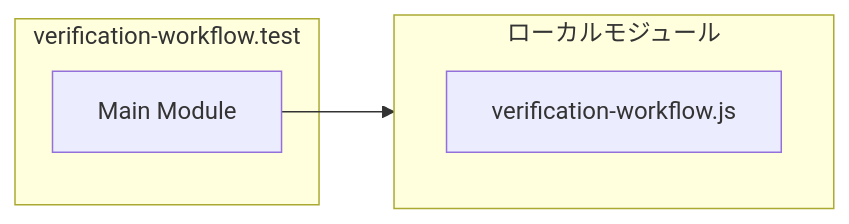
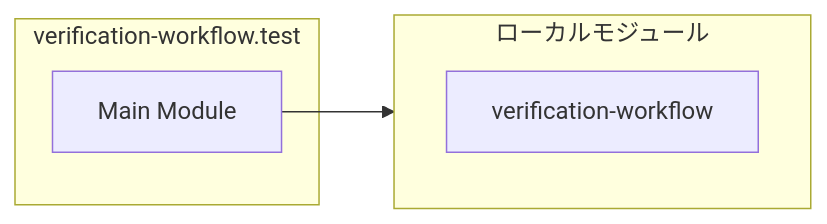
Before and after one commit to Mekann2904/mekann: the second of 2 diagrams in ABDD/.pi/lib/verification-workflow.test.md, drawn with Mermaid. The commit also changed other lines of this file and 174 other files, not shown here.

First line of the commit message:
fix(docs): ABDDのMermaid図生成エラーを修正する

````diff
--- a/ABDD/.pi/lib/verification-workflow.test.md
+++ b/ABDD/.pi/lib/verification-workflow.test.md
@@ -43,10 +43,10 @@
 ```mermaid
 flowchart LR
   subgraph this[verification-workflow.test]
     main[Main Module]
   end
   subgraph local[ローカルモジュール]
-    verification_workflow_js["verification-workflow.js"]
+    verification_workflow["verification-workflow"]
   end
   main --> local
 ```
````
